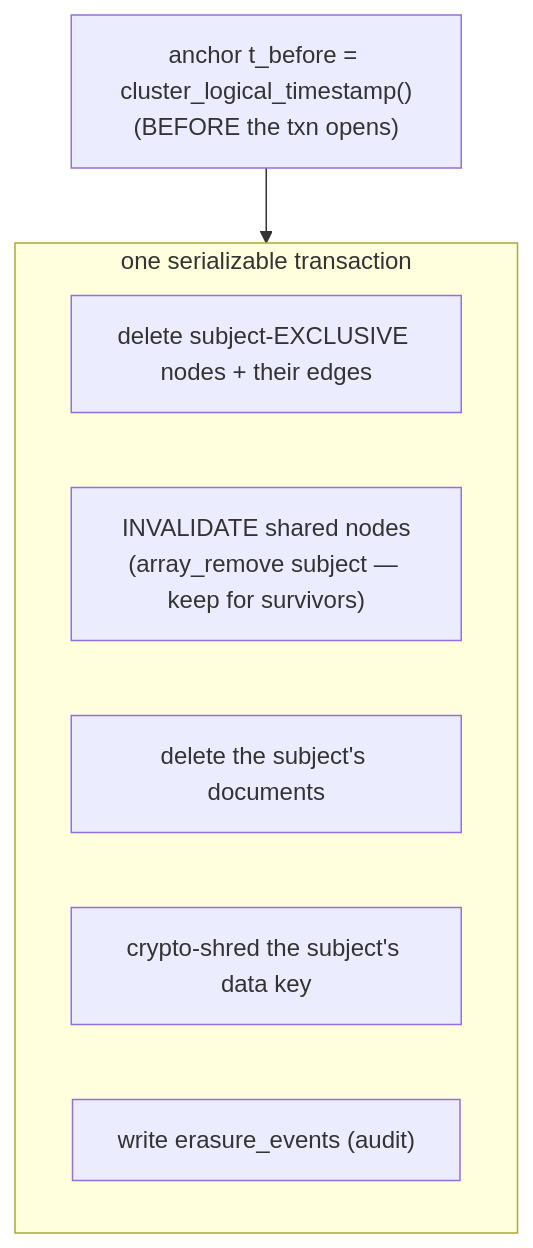
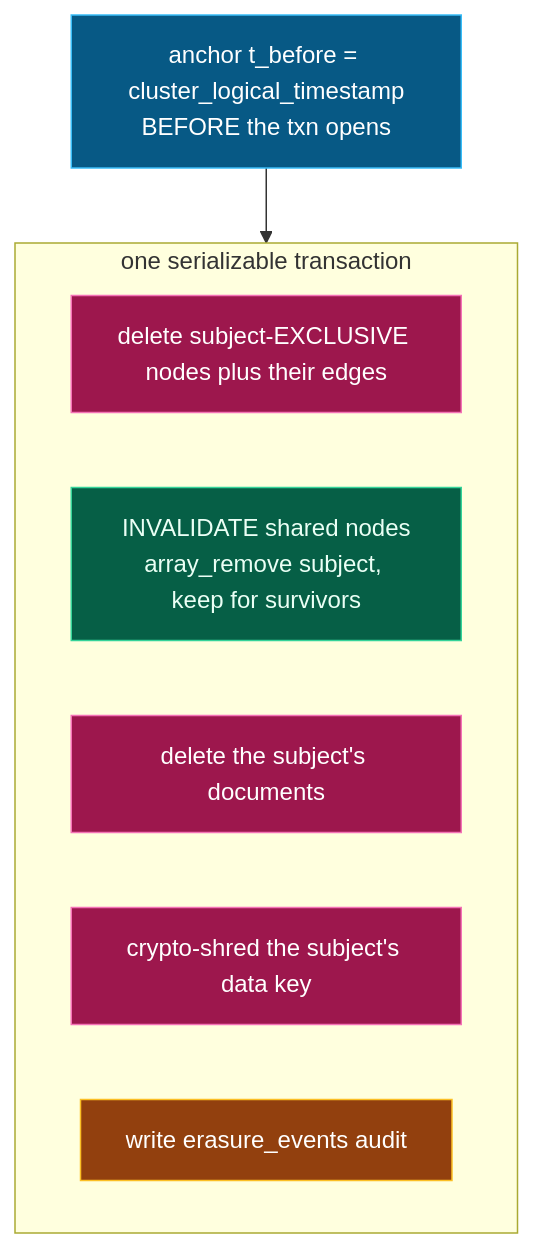
Before and after one commit to vinayaksonthalia/obliviate: the diagram in learning/01-how-it-works/02-the-forget-hero.md, drawn with Mermaid. The commit also changed other lines of this file and 12 other files, not shown here.

Commit message:
docs: colorful mermaid diagrams across /learn; readme header

````diff
--- a/learning/01-how-it-works/02-the-forget-hero.md
+++ b/learning/01-how-it-works/02-the-forget-hero.md
@@ -6,11 +8,19 @@
 ```mermaid
 flowchart TB
-  A["anchor t_before = cluster_logical_timestamp()\n(BEFORE the txn opens)"] --> T
+  A["anchor t_before = cluster_logical_timestamp<br/>BEFORE the txn opens"] --> T
   subgraph T["one serializable transaction"]
-    B["delete subject-EXCLUSIVE nodes + their edges"]
-    C["INVALIDATE shared nodes\n(array_remove subject — keep for survivors)"]
+    B["delete subject-EXCLUSIVE nodes plus their edges"]
+    C["INVALIDATE shared nodes<br/>array_remove subject, keep for survivors"]
     D["delete the subject's documents"]
     E["crypto-shred the subject's data key"]
-    G["write erasure_events (audit)"]
+    G["write erasure_events audit"]
   end
+  class A q
+  class B,D,E bad
+  class C ok
+  class G s3
+  classDef q fill:#075985,stroke:#38bdf8,color:#fff
+  classDef bad fill:#9d174d,stroke:#f472b6,color:#fff
+  classDef ok fill:#065f46,stroke:#34d399,color:#eafff5
+  classDef s3 fill:#92400e,stroke:#fbbf24,color:#fff
 ```
````
